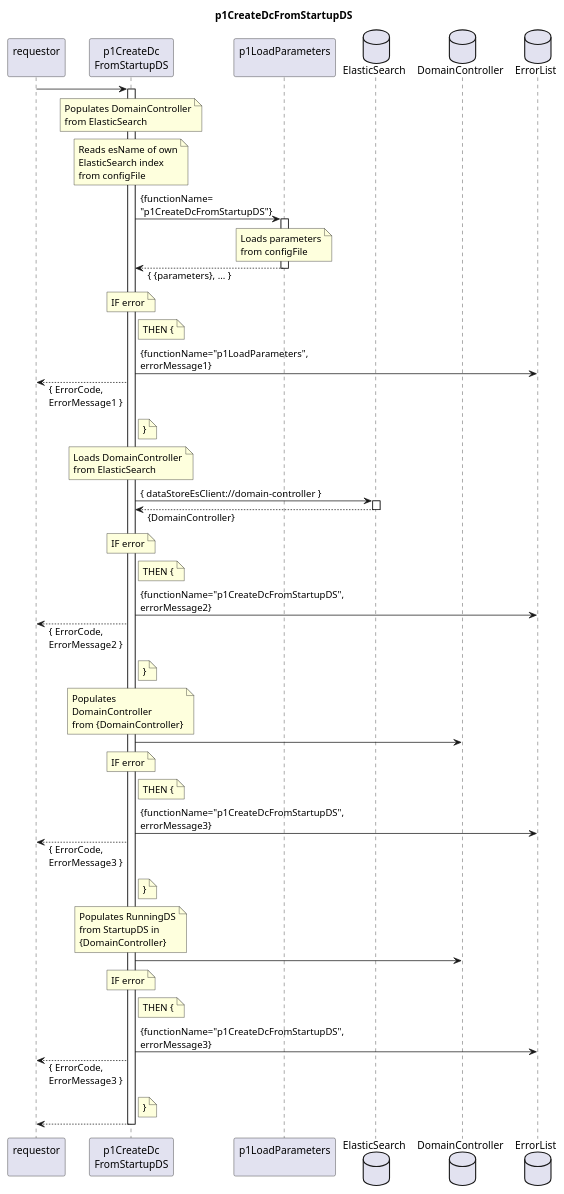
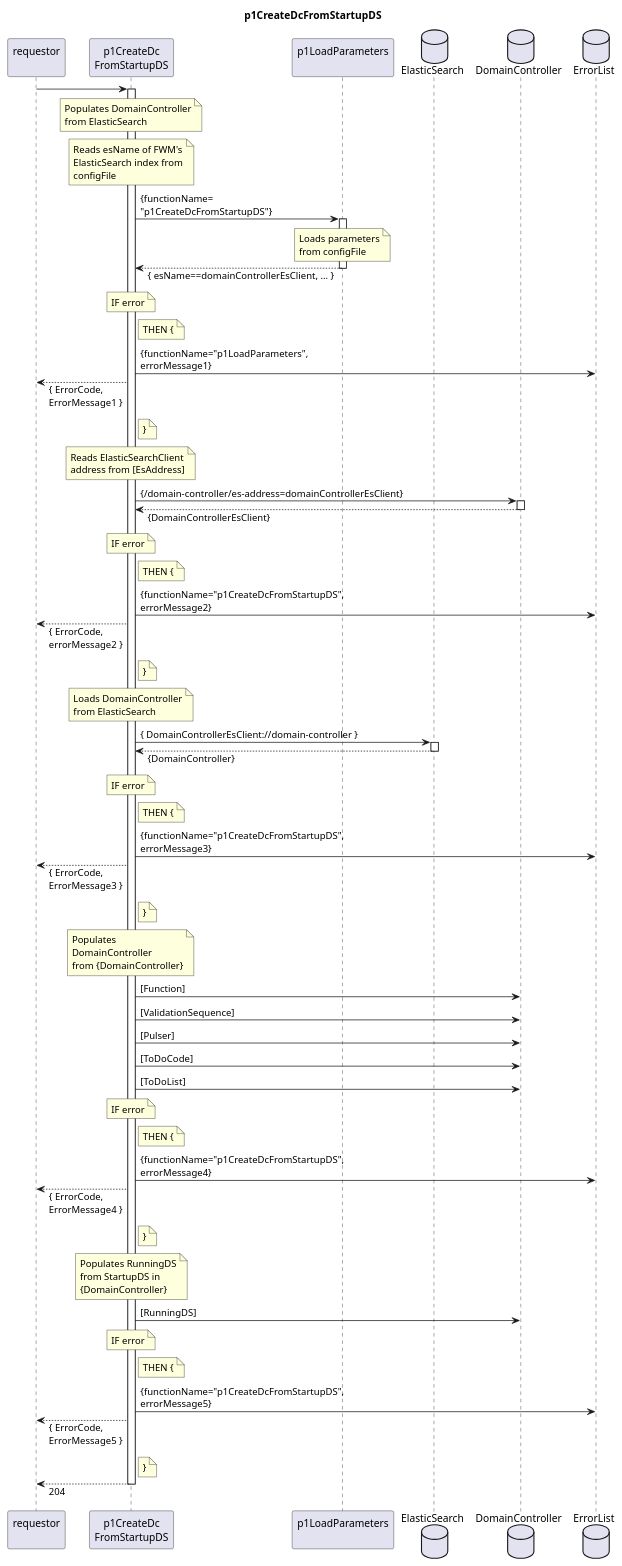
One commit to openBackhaul/FirmWareManager changed the diagram in spec/Functions/Administrative/p1CreateDcFromStartupDS/1.0.0/p1CreateDcFromStartupDS.plantuml. Above: the diagram before and after it, drawn with PlantUML. The commit also changed 13 other files, not shown here.

Commit message:
Add p1TrimHistoricalErrorList

```diff
--- a/spec/Functions/Administrative/p1CreateDcFromStartupDS/1.0.0/p1CreateDcFromStartupDS.plantuml
+++ b/spec/Functions/Administrative/p1CreateDcFromStartupDS/1.0.0/p1CreateDcFromStartupDS.plantuml
@@ -1,106 +1,130 @@
 @startuml p1CreateDcFromStartupDS
 skinparam responseMessageBelowArrow true
 
 title
   p1CreateDcFromStartupDS
 end title
 
 participant "requestor\n" as requestor
 participant "p1CreateDc\nFromStartupDS" as p1CDCFS
 participant "p1LoadParameters\n" as p1LP
 database "ElasticSearch" as StartDS
 database "DomainController" as DC
 database "ErrorList" as hEL
 
 requestor -> p1CDCFS
 activate p1CDCFS
   note over p1CDCFS
     Populates DomainController
     from ElasticSearch
   end note
 
   note over p1CDCFS
-    Reads esName of own
-    ElasticSearch index
-    from configFile
+    Reads esName of FWM's
+    ElasticSearch index from
+    configFile
   end note
   p1CDCFS -> p1LP : {functionName=\n"p1CreateDcFromStartupDS"}
   activate p1LP
     note over p1LP
       Loads parameters
       from configFile
     end note
-  p1CDCFS <-- p1LP : { {parameters}, ... }
+  p1CDCFS <-- p1LP : { esName==domainControllerEsClient, ... }
   deactivate p1LP
   note over p1CDCFS
     IF error
   end note
   note right p1CDCFS
     THEN {
   end note
   p1CDCFS -> hEL : {functionName="p1LoadParameters",\nerrorMessage1}
   requestor <-- p1CDCFS : { ErrorCode,\nErrorMessage1 }
   note right p1CDCFS
     }
   end note
 
   note over p1CDCFS
-    Loads DomainController
-    from ElasticSearch
+    Reads ElasticSearchClient
+    address from [EsAddress]
   end note
-  p1CDCFS -> StartDS: { dataStoreEsClient://domain-controller }
-  activate StartDS
-  p1CDCFS <-- StartDS: {DomainController}
-  deactivate StartDS
+  p1CDCFS -> DC: {/domain-controller/es-address=domainControllerEsClient}
+  activate DC
+  p1CDCFS <-- DC: {DomainControllerEsClient}
+  deactivate DC
   note over p1CDCFS
     IF error
   end note
   note right p1CDCFS
     THEN {
   end note
   p1CDCFS -> hEL : {functionName="p1CreateDcFromStartupDS",\nerrorMessage2}
-  requestor <-- p1CDCFS : { ErrorCode,\nErrorMessage2 }
+  requestor <-- p1CDCFS : { ErrorCode,\nerrorMessage2 }
   note right p1CDCFS
     }
   end note
 
   note over p1CDCFS
-    Populates
-    DomainController
-    from {DomainController}
+    Loads DomainController
+    from ElasticSearch
   end note
-  p1CDCFS -> DC
+  p1CDCFS -> StartDS: { DomainControllerEsClient://domain-controller }
+  activate StartDS
+  p1CDCFS <-- StartDS: {DomainController}
+  deactivate StartDS
   note over p1CDCFS
     IF error
   end note
   note right p1CDCFS
     THEN {
   end note
   p1CDCFS -> hEL : {functionName="p1CreateDcFromStartupDS",\nerrorMessage3}
   requestor <-- p1CDCFS : { ErrorCode,\nErrorMessage3 }
   note right p1CDCFS
     }
   end note
 
   note over p1CDCFS
-    Populates RunningDS
-    from StartupDS in
-    {DomainController}
+    Populates
+    DomainController
+    from {DomainController}
   end note
-  p1CDCFS -> DC
+  p1CDCFS -> DC: [Function]
+  p1CDCFS -> DC: [ValidationSequence]
+  p1CDCFS -> DC: [Pulser]
+  p1CDCFS -> DC: [ToDoCode]
+  p1CDCFS -> DC: [ToDoList]
   note over p1CDCFS
     IF error
   end note
   note right p1CDCFS
     THEN {
   end note
-  p1CDCFS -> hEL : {functionName="p1CreateDcFromStartupDS",\nerrorMessage3}
-  requestor <-- p1CDCFS : { ErrorCode,\nErrorMessage3 }
+  p1CDCFS -> hEL : {functionName="p1CreateDcFromStartupDS",\nerrorMessage4}
+  requestor <-- p1CDCFS : { ErrorCode,\nErrorMessage4 }
   note right p1CDCFS
     }
   end note
 
-requestor <-- p1CDCFS
+  note over p1CDCFS
+    Populates RunningDS
+    from StartupDS in
+    {DomainController}
+  end note
+  p1CDCFS -> DC: [RunningDS]
+  note over p1CDCFS
+    IF error
+  end note
+  note right p1CDCFS
+    THEN {
+  end note
+  p1CDCFS -> hEL : {functionName="p1CreateDcFromStartupDS",\nerrorMessage5}
+  requestor <-- p1CDCFS : { ErrorCode,\nErrorMessage5 }
+  note right p1CDCFS
+    }
+  end note
+
+requestor <-- p1CDCFS: 204
 deactivate p1CDCFS
 
 @enduml
```
